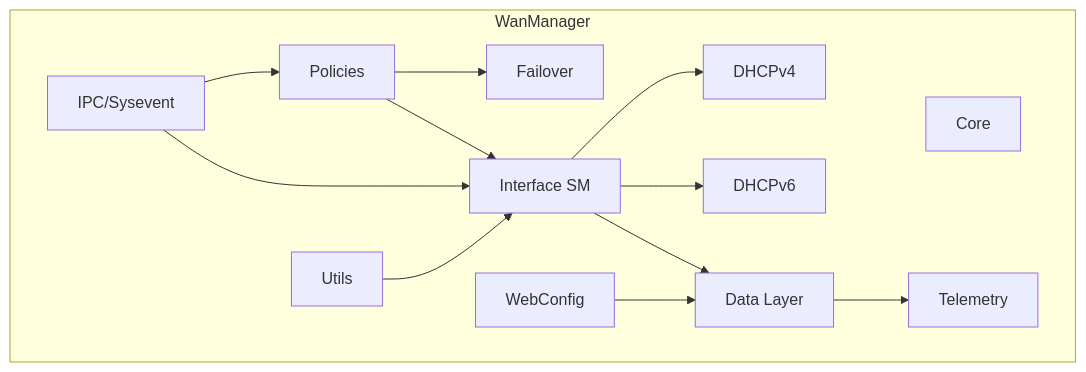
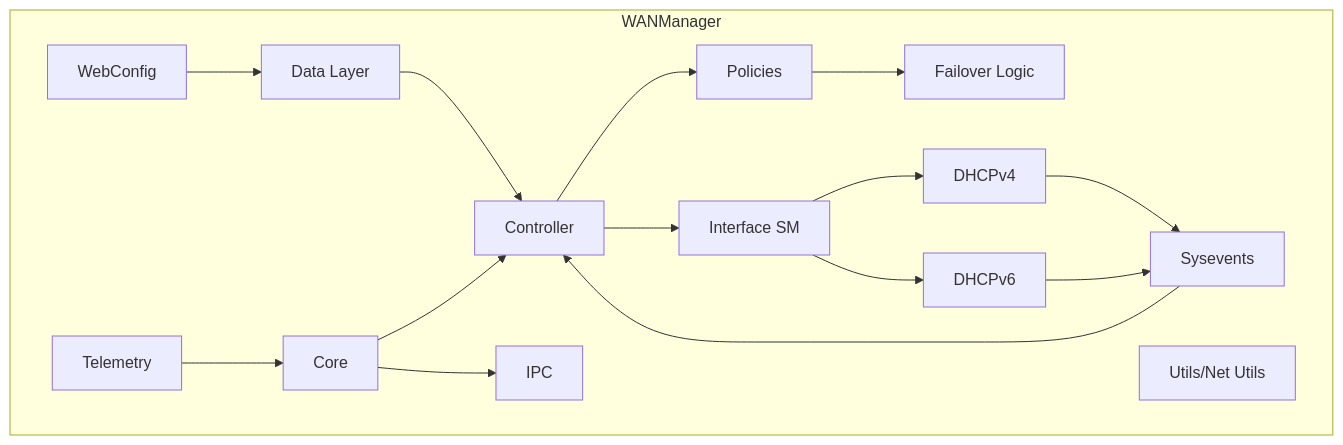
Before and after one commit to rns21/RDK_Documentation: the third of 6 diagrams in docs/docu/WANMgr_GPT5_2609.md, drawn with Mermaid. The commit also changed other lines of this file and 19 other files, not shown here.

````diff
--- a/docs/docu/WANMgr_GPT5_2609.md
+++ b/docs/docu/WANMgr_GPT5_2609.md
@@ -132,26 +146,31 @@
 ```mermaid
 flowchart TD
-    subgraph WanManager
+    subgraph WANManager
         Core[Core]
-        Policy[Policies]
-        Failover[Failover]
+        Controller[Controller]
+        Policies[Policies]
+        Data[Data Layer]
         ISM[Interface SM]
-        DHCPv4[DHCPv4]
-        DHCPv6[DHCPv6]
+        DHCP4[DHCPv4]
+        DHCP6[DHCPv6]
         WebCfg[WebConfig]
-        Data[Data Layer]
-        IPC[IPC/Sysevent]
-        Telemetry[Telemetry]
-        Utils[Utils]
+        IPC[IPC]
+        SysEv[Sysevents]
+        Tel[Telemetry]
+        Utils[Utils/Net Utils]
+        Failover[Failover Logic]
     end
-    Policy --> Failover
-    Policy --> ISM
-    ISM --> DHCPv4
-    ISM --> DHCPv6
-    ISM --> Data
+    Core --> Controller
+    Controller --> Policies
+    Controller --> ISM
+    ISM --> DHCP4
+    ISM --> DHCP6
+    Policies --> Failover
     WebCfg --> Data
-    Data --> Telemetry
-    IPC --> Policy
-    IPC --> ISM
-    Utils --> ISM
+    Data --> Controller
+    DHCP4 --> SysEv
+    DHCP6 --> SysEv
+    SysEv --> Controller
+    Core --> IPC
+    Tel --> Core
 ```
````
